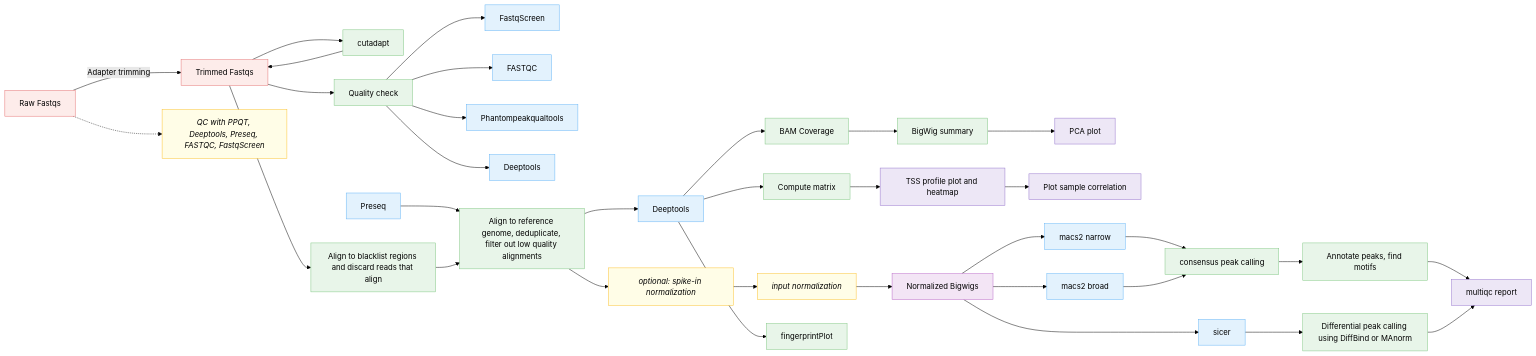
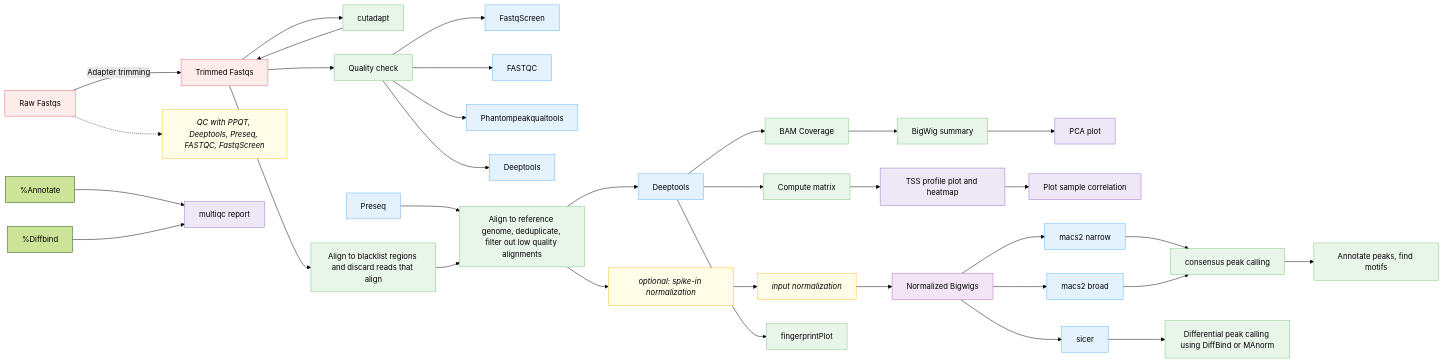
One commit to CCBR/CHAMPAGNE changed the second of 2 diagrams in docs/diagram/index.md. Above: the diagram before and after it, drawn with Mermaid (forest theme). The commit also changed other lines of this file, not shown here.

````diff
--- a/docs/diagram/index.md
+++ b/docs/diagram/index.md
@@ -80,69 +85,69 @@
 ```mermaid
 flowchart LR
 
 %% Input
 Raw["Raw Fastqs"]:::input -->|Adapter trimming| Trimmed["Trimmed Fastqs"]:::input
 Raw -.-> QCnote["QC with PPQT, Deeptools, Preseq, FASTQC, FastqScreen"]:::note
 Trimmed --> Cutadapt["cutadapt"]:::process
 Cutadapt --> Trimmed
 
 
 %% Quality Control
 Trimmed --> QC["Quality check"]:::process
 QC --> FastqScreen["FastqScreen"]:::tool
 QC --> FASTQC["FASTQC"]:::tool
 QC --> Phantom["Phantompeakqualtools"]:::tool
 QC --> Deeptools["Deeptools"]:::tool
 
 
 %% Blacklist filtering
 Trimmed --> Blacklist["Align to blacklist regions and discard reads that align"]:::process
 
 
 %% Preseq and alignment
 Preseq["Preseq"]:::tool --> Align["Align to reference genome, deduplicate, filter out low quality alignments"]:::process
 Blacklist --> Align
 
 
 %% Spike-in normalization (optional)
 Align --> Spike["optional: spike-in normalization"]:::note
 Spike --> InputNorm["input normalization"]:::note
 InputNorm --> NormBigwigs["Normalized Bigwigs"]:::data
 
 
 %% Deeptools steps
 Align --> Deeptools2["Deeptools"]:::tool
 Deeptools2 --> Matrix["Compute matrix"]:::process
 Deeptools2 --> BAMcov["BAM Coverage"]:::process
 Deeptools2 --> Fingerprint["fingerprintPlot"]:::process
 
 
 Matrix --> Heatmap["TSS profile plot and heatmap"]:::output
 BAMcov --> Bigwig["BigWig summary"]:::process
 Bigwig --> PCA["PCA plot"]:::output
 Heatmap --> Correlation["Plot sample correlation"]:::output
 
 
 %% Peak calling
 NormBigwigs --> MACS2narrow["macs2 narrow"]:::tool
 NormBigwigs --> MACS2broad["macs2 broad"]:::tool
 NormBigwigs --> SICER["sicer"]:::tool
 
 MACS2narrow --> Consensus["consensus peak calling"]:::process
 MACS2broad --> Consensus
 SICER --> Diffbind["Differential peak calling using DiffBind or MAnorm"]:::process
 
 
 Consensus --> Annotate["Annotate peaks, find motifs"]:::process
-Annotate --> MultiQC["multiqc report"]:::output
-Diffbind --> MultiQC
+%Annotate --> MultiQC["multiqc report"]:::output
+%Diffbind --> MultiQC
 
 
 %% Styles
 classDef input fill:#fdecea,stroke:#e57373,stroke-width:1px;
 classDef process fill:#e8f5e9,stroke:#81c784,stroke-width:1px;
 classDef tool fill:#e3f2fd,stroke:#64b5f6,stroke-width:1px;
 classDef note fill:#fffde7,stroke:#fbc02d,stroke-width:1px,font-style:italic;
 classDef output fill:#ede7f6,stroke:#9575cd,stroke-width:1px;
 classDef data fill:#f3e5f5,stroke:#ba68c8,stroke-width:1px;
 ```
````
